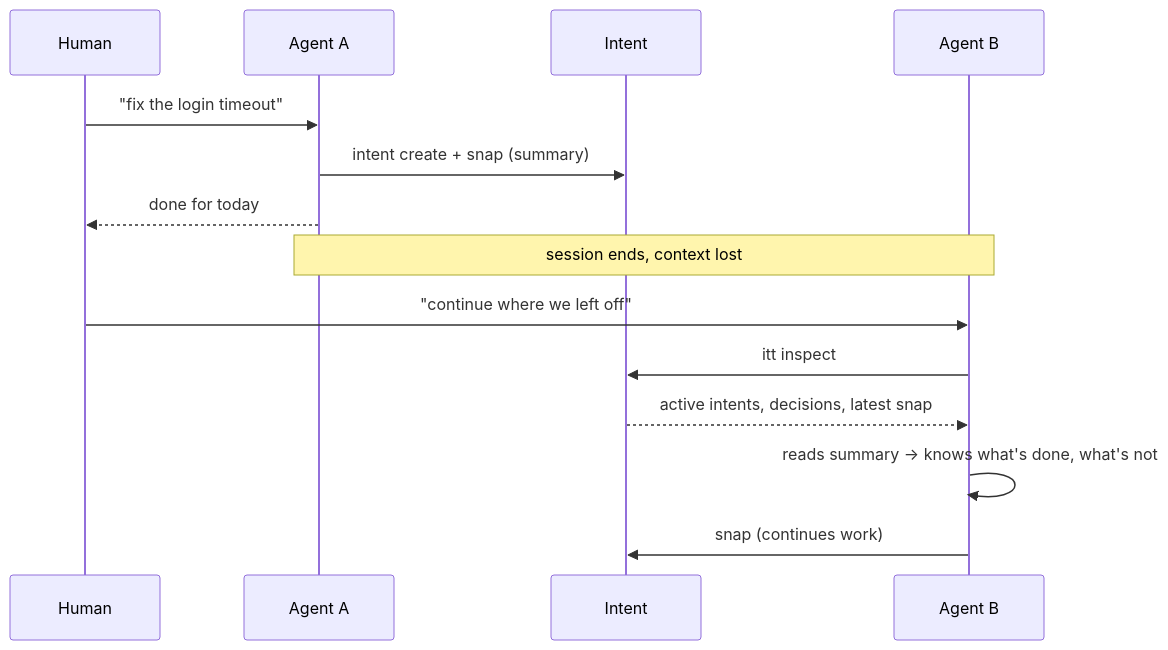
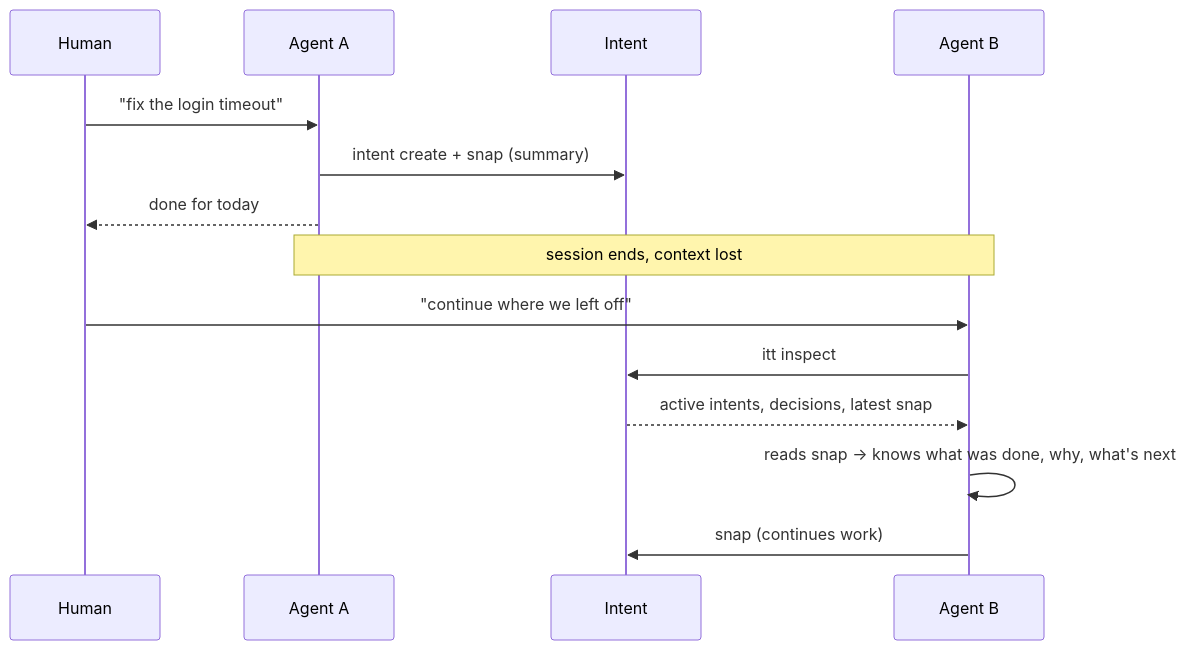
The third of 3 diagrams in docs/EN/vision.md (dozybot001/Intent), drawn with Mermaid before and after one commit. The commit also changed other lines of this file and 6 other files, not shown here.

First line of the commit message:
Update all docs with snap repositioning and add mermaid diagrams

````diff
--- a/docs/EN/vision.md
+++ b/docs/EN/vision.md
@@ -144,19 +144,19 @@
 ```mermaid
 sequenceDiagram
   participant H as Human
   participant A as Agent A
   participant I as Intent
   participant B as Agent B
 
   H->>A: "fix the login timeout"
   A->>I: intent create + snap (summary)
   A-->>H: done for today
 
   Note over A,B: session ends, context lost
 
   H->>B: "continue where we left off"
   B->>I: itt inspect
   I-->>B: active intents, decisions, latest snap
-  B->>B: reads summary → knows what's done, what's not
+  B->>B: reads snap → knows what was done, why, what's next
   B->>I: snap (continues work)
 ```
````
